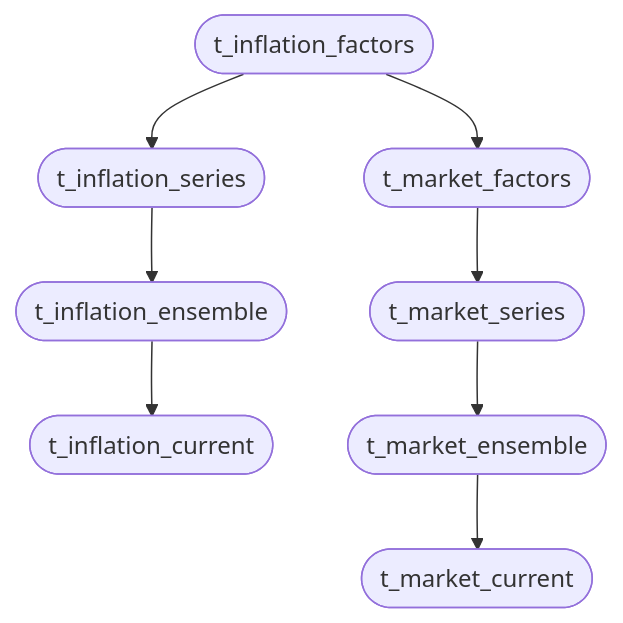
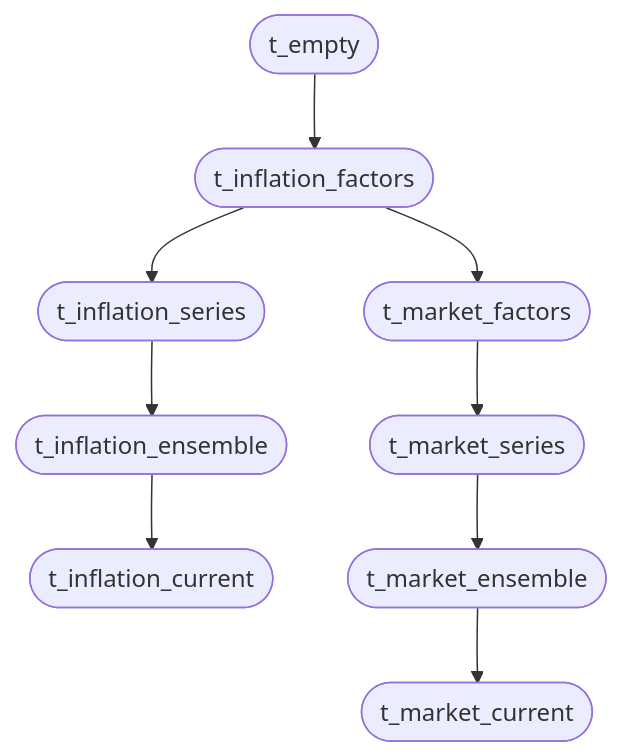
The first of 2 diagrams in docs/guides/historical-calibration.md (BobKerns/analysis), drawn with Mermaid before and after one commit. The commit also changed other lines of this file and 18 other files, not shown here.

First line of the commit message:
Add services and prescriptions series and a t_empty root to the templates (#282)

````diff
--- a/docs/guides/historical-calibration.md
+++ b/docs/guides/historical-calibration.md
@@ -506,10 +506,11 @@
 ```mermaid
 flowchart TB
-    if_(["t_inflation_factors"]) --> is(["t_inflation_series"])
+    empty(["t_empty"]) --> if_(["t_inflation_factors"])
+    if_ --> is(["t_inflation_series"])
     is --> ie(["t_inflation_ensemble"])
     ie --> ic(["t_inflation_current"])
     if_ --> mf(["t_market_factors"])
     mf --> ms(["t_market_series"])
     ms --> me(["t_market_ensemble"])
     me --> mc(["t_market_current"])
 ```
````
